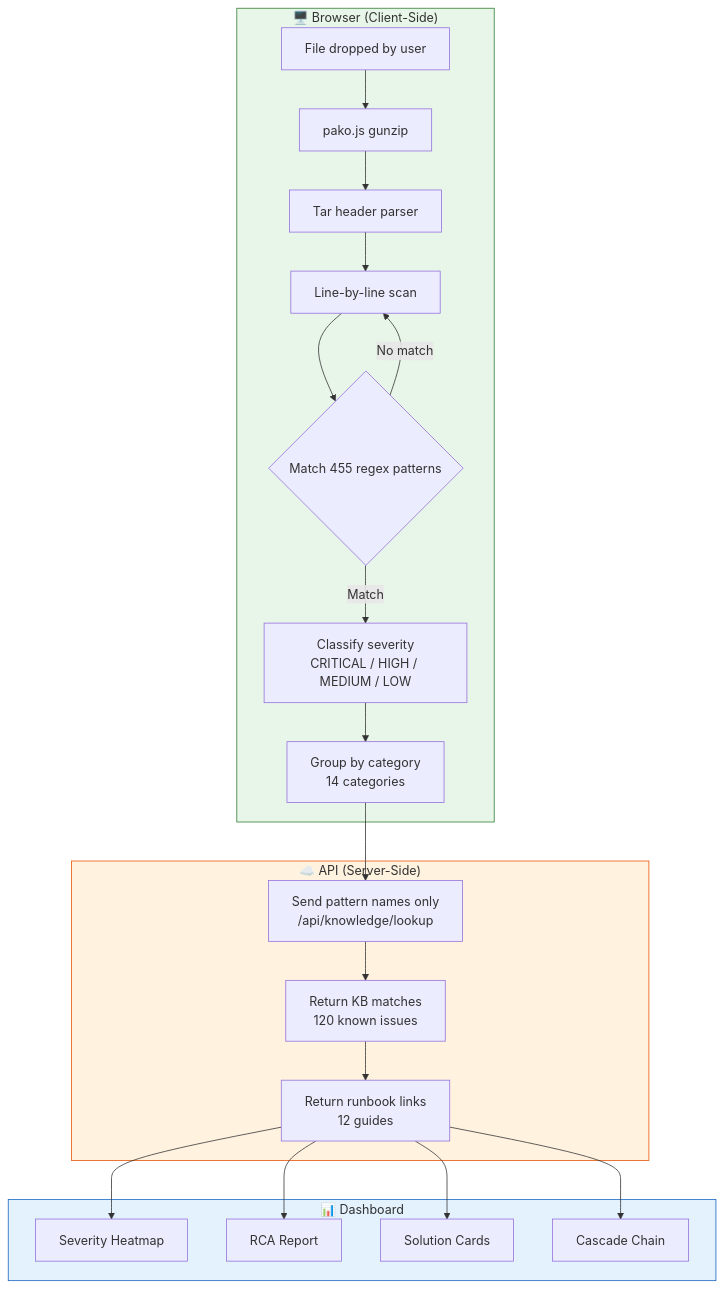
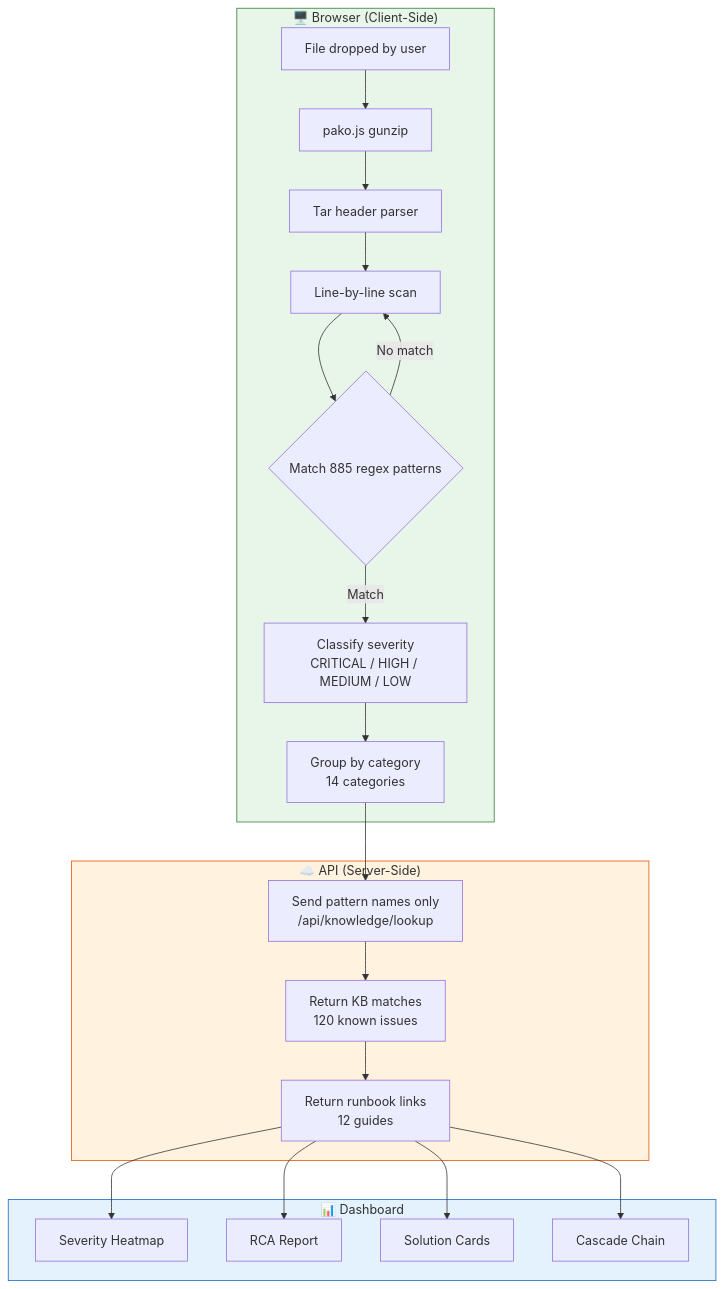
One commit to yadakrishna245/Log_analysis changed the third of 17 diagrams in README.md. Above: the diagram before and after it, drawn with Mermaid. The commit also changed other lines of this file, not shown here.

First line of the commit message:
docs: Fix README (885 patterns, 172 features) + add Docker support

````diff
--- a/README.md
+++ b/README.md
@@ -221,29 +221,29 @@
 ```mermaid
 flowchart TD
     subgraph BROWSER["🖥️ Browser (Client-Side)"]
         A1[File dropped by user] --> A2[pako.js gunzip]
         A2 --> A3[Tar header parser]
         A3 --> A4[Line-by-line scan]
-        A4 --> A5{Match 455 regex patterns}
+        A4 --> A5{Match 885 regex patterns}
         A5 -->|Match| A6[Classify severity<br/>CRITICAL / HIGH / MEDIUM / LOW]
         A5 -->|No match| A4
         A6 --> A7[Group by category<br/>14 categories]
     end
 
     subgraph API["☁️ API (Server-Side)"]
         A7 --> B1[Send pattern names only<br/>/api/knowledge/lookup]
         B1 --> B2[Return KB matches<br/>120 known issues]
         B2 --> B3[Return runbook links<br/>12 guides]
     end
 
     subgraph DISPLAY["📊 Dashboard"]
         B3 --> C1[Severity Heatmap]
         B3 --> C2[RCA Report]
         B3 --> C3[Solution Cards]
         B3 --> C4[Cascade Chain]
     end
 
     style BROWSER fill:#e8f5e9,stroke:#2e7d32
     style API fill:#fff3e0,stroke:#e65100
     style DISPLAY fill:#e3f2fd,stroke:#1565c0
 ```
````
